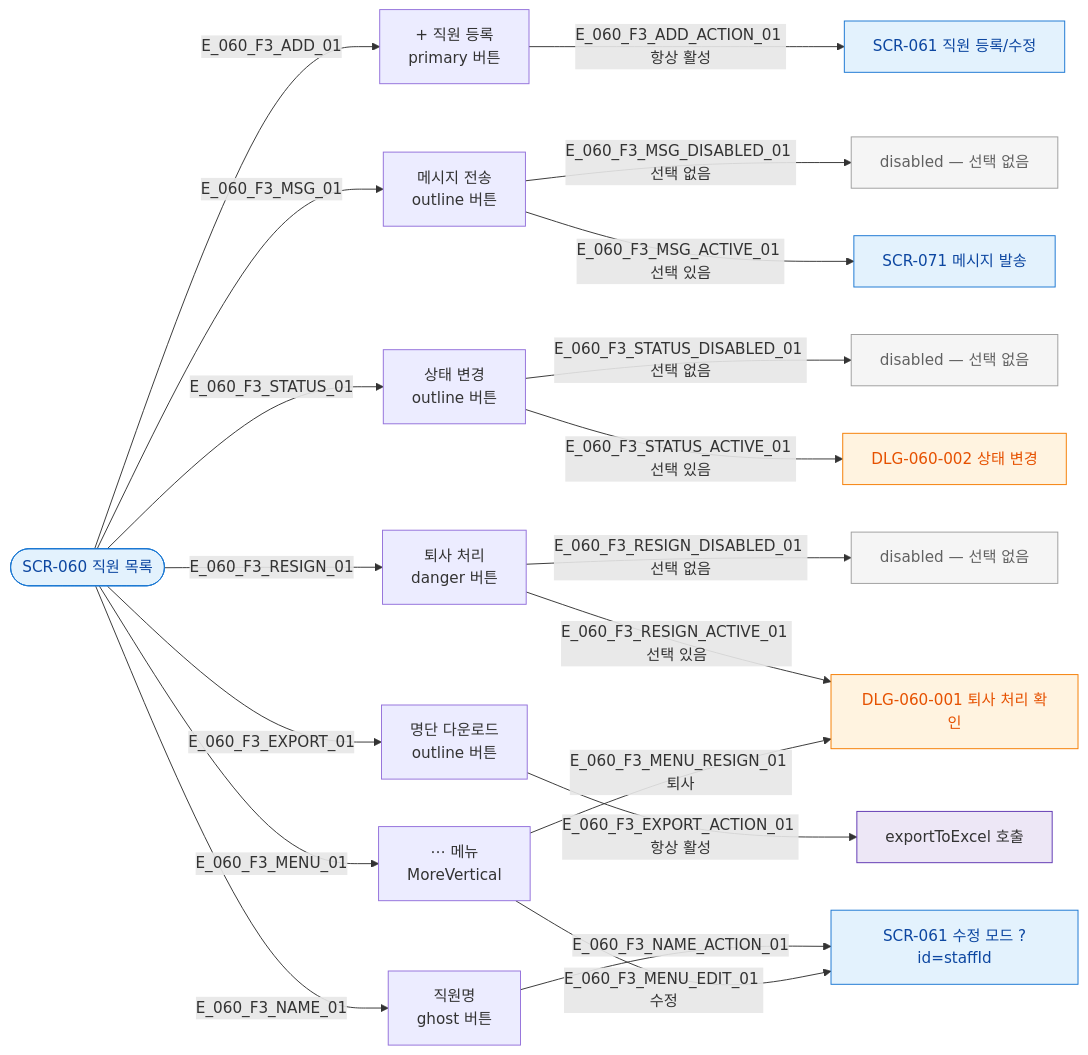
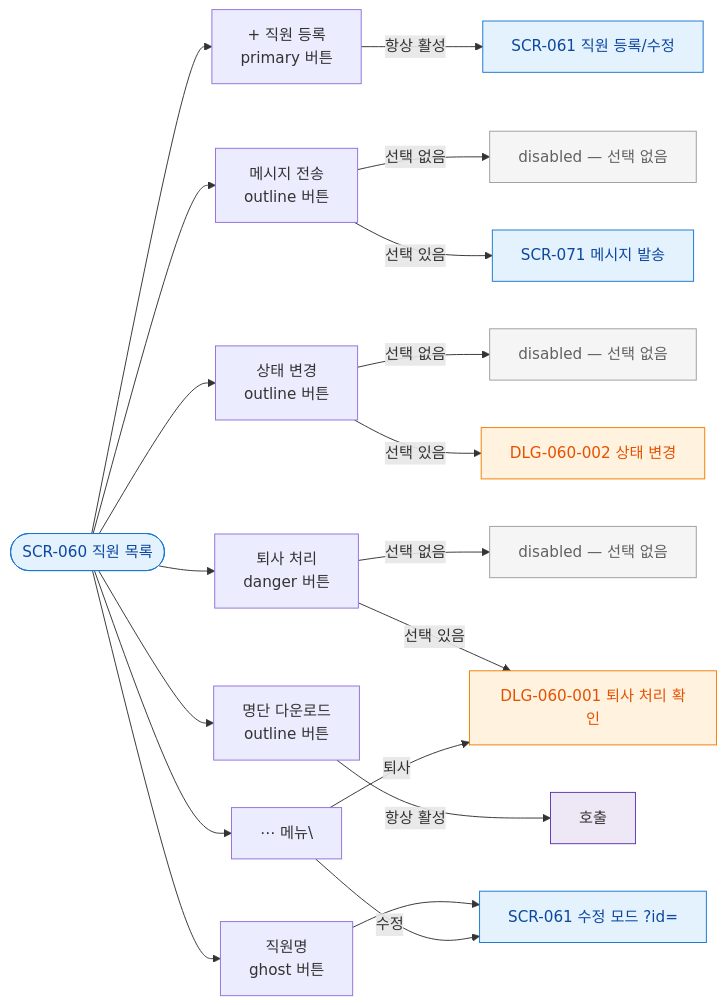
One commit to dev-spogym/admin-pando changed the diagram in docs/다이어그램/D07_직원관리/SCR-060_직원목록/F3_버튼액션.md. Above: the diagram before and after it, drawn with Mermaid. The commit also changed other lines of this file and 1660 other files, not shown here.

First line of the commit message:
다이어그램: 기획자/클라이언트 납품본으로 정리

````diff
--- a/docs/다이어그램/D07_직원관리/SCR-060_직원목록/F3_버튼액션.md
+++ b/docs/다이어그램/D07_직원관리/SCR-060_직원목록/F3_버튼액션.md
@@ -22,48 +20,48 @@
 ```mermaid
 flowchart LR
   SCR_060([SCR-060 직원 목록])
 
   BTN_ADD[+ 직원 등록\nprimary 버튼]
   BTN_MSG[메시지 전송\noutline 버튼]
   BTN_STATUS[상태 변경\noutline 버튼]
   BTN_RESIGN[퇴사 처리\ndanger 버튼]
   BTN_EXPORT[명단 다운로드\noutline 버튼]
   BTN_NAME[직원명\nghost 버튼]
-  BTN_MENU[⋯ 메뉴\nMoreVertical]
+  BTN_MENU[⋯ 메뉴\]
 
-  SCR_060 -->|E_060_F3_ADD_01| BTN_ADD
-  SCR_060 -->|E_060_F3_MSG_01| BTN_MSG
-  SCR_060 -->|E_060_F3_STATUS_01| BTN_STATUS
-  SCR_060 -->|E_060_F3_RESIGN_01| BTN_RESIGN
-  SCR_060 -->|E_060_F3_EXPORT_01| BTN_EXPORT
-  SCR_060 -->|E_060_F3_NAME_01| BTN_NAME
-  SCR_060 -->|E_060_F3_MENU_01| BTN_MENU
+  SCR_060 --> BTN_ADD
+  SCR_060 --> BTN_MSG
+  SCR_060 --> BTN_STATUS
+  SCR_060 --> BTN_RESIGN
+  SCR_060 --> BTN_EXPORT
+  SCR_060 --> BTN_NAME
+  SCR_060 --> BTN_MENU
 
-  BTN_ADD -->|E_060_F3_ADD_ACTION_01 항상 활성| SCR_061[SCR-061 직원 등록/수정]
+  BTN_ADD -->|항상 활성|SCR_061[SCR-061 직원 등록/수정]
 
-  BTN_MSG -->|E_060_F3_MSG_DISABLED_01 선택 없음| DISABLED_MSG[disabled — 선택 없음]
-  BTN_MSG -->|E_060_F3_MSG_ACTIVE_01 선택 있음| SCR_071[SCR-071 메시지 발송]
+  BTN_MSG -->|선택 없음|DISABLED_MSG[disabled — 선택 없음]
+  BTN_MSG -->|선택 있음|SCR_071[SCR-071 메시지 발송]
 
-  BTN_STATUS -->|E_060_F3_STATUS_DISABLED_01 선택 없음| DISABLED_STATUS[disabled — 선택 없음]
-  BTN_STATUS -->|E_060_F3_STATUS_ACTIVE_01 선택 있음| DLG_060_002[DLG-060-002 상태 변경]
+  BTN_STATUS -->|선택 없음|DISABLED_STATUS[disabled — 선택 없음]
+  BTN_STATUS -->|선택 있음|DLG_060_002[DLG-060-002 상태 변경]
 
-  BTN_RESIGN -->|E_060_F3_RESIGN_DISABLED_01 선택 없음| DISABLED_RESIGN[disabled — 선택 없음]
-  BTN_RESIGN -->|E_060_F3_RESIGN_ACTIVE_01 선택 있음| DLG_060_001[DLG-060-001 퇴사 처리 확인]
+  BTN_RESIGN -->|선택 없음|DISABLED_RESIGN[disabled — 선택 없음]
+  BTN_RESIGN -->|선택 있음|DLG_060_001[DLG-060-001 퇴사 처리 확인]
 
-  BTN_EXPORT -->|E_060_F3_EXPORT_ACTION_01 항상 활성| EXPORT[exportToExcel 호출]
+  BTN_EXPORT -->|항상 활성|EXPORT[호출]
 
-  BTN_NAME -->|E_060_F3_NAME_ACTION_01| SCR_061_EDIT[SCR-061 수정 모드 ?id=staffId]
+  BTN_NAME --> SCR_061_EDIT[SCR-061 수정 모드 ?id=]
 
-  BTN_MENU -->|E_060_F3_MENU_EDIT_01 수정| SCR_061_EDIT
-  BTN_MENU -->|E_060_F3_MENU_RESIGN_01 퇴사| DLG_060_001
+  BTN_MENU -->|수정|SCR_061_EDIT
+  BTN_MENU -->|퇴사|DLG_060_001
 
-  classDef screen      fill:#E3F2FD,stroke:#1976D2,color:#0D47A1
-  classDef modal       fill:#FFF3E0,stroke:#F57C00,color:#E65100
+  classDef screen fill:#E3F2FD,stroke:#1976D2,color:#0D47A1
+  classDef modal fill:#FFF3E0,stroke:#F57C00,color:#E65100
   classDef rbacBlocked fill:#F5F5F5,stroke:#9E9E9E,color:#616161
-  classDef system      fill:#EDE7F6,stroke:#5E35B2
+  classDef system fill:#EDE7F6,stroke:#5E35B2
 
   class SCR_060,SCR_061,SCR_061_EDIT,SCR_071 screen
   class DLG_060_001,DLG_060_002 modal
   class DISABLED_MSG,DISABLED_STATUS,DISABLED_RESIGN rbacBlocked
   class EXPORT system
 ```
````
